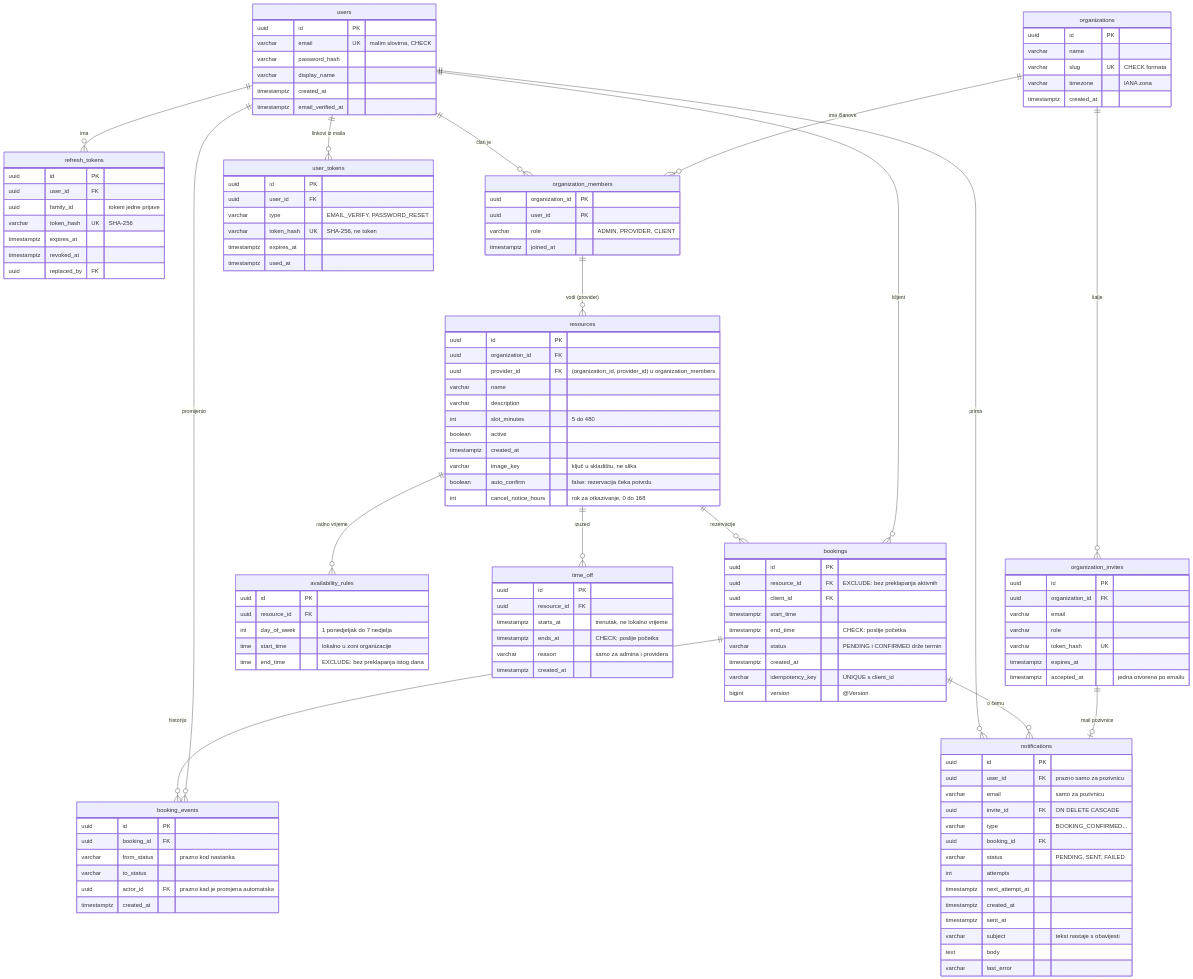
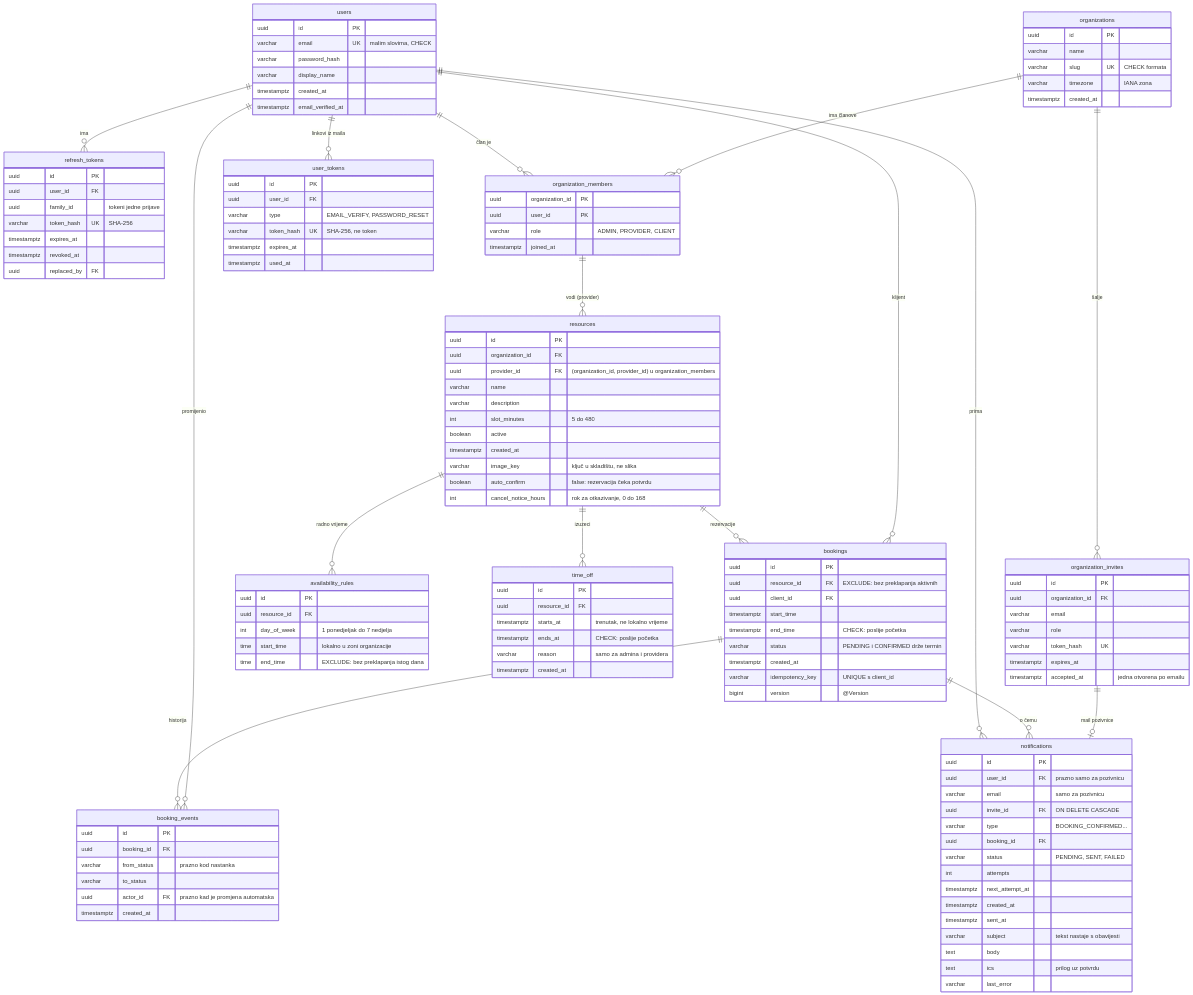
Before and after one commit to eminahbabovich/SlotBook: the third of 3 diagrams in docs/ARHITEKTURA.md, drawn with Mermaid. The commit also changed 14 other files, not shown here.

```diff
--- a/docs/ARHITEKTURA.md
+++ b/docs/ARHITEKTURA.md
@@ -187,6 +187,7 @@
         timestamptz sent_at
         varchar subject "tekst nastaje s obavijesti"
         text body
+        text ics "prilog uz potvrdu"
         varchar last_error
     }
     booking_events {
```
